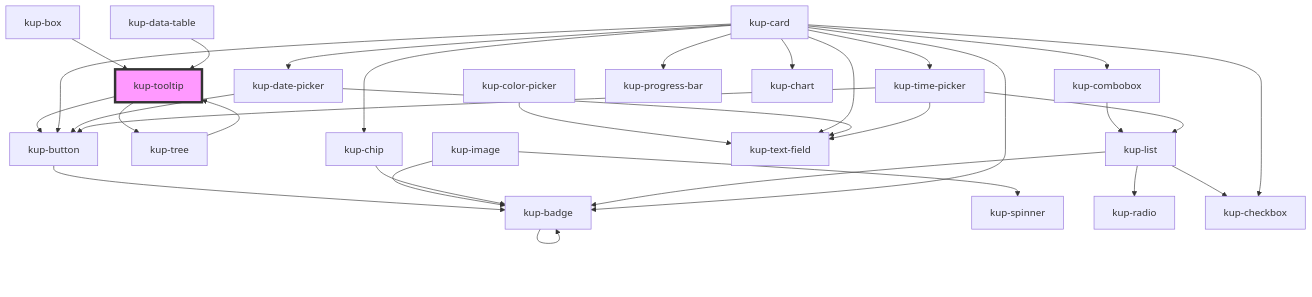
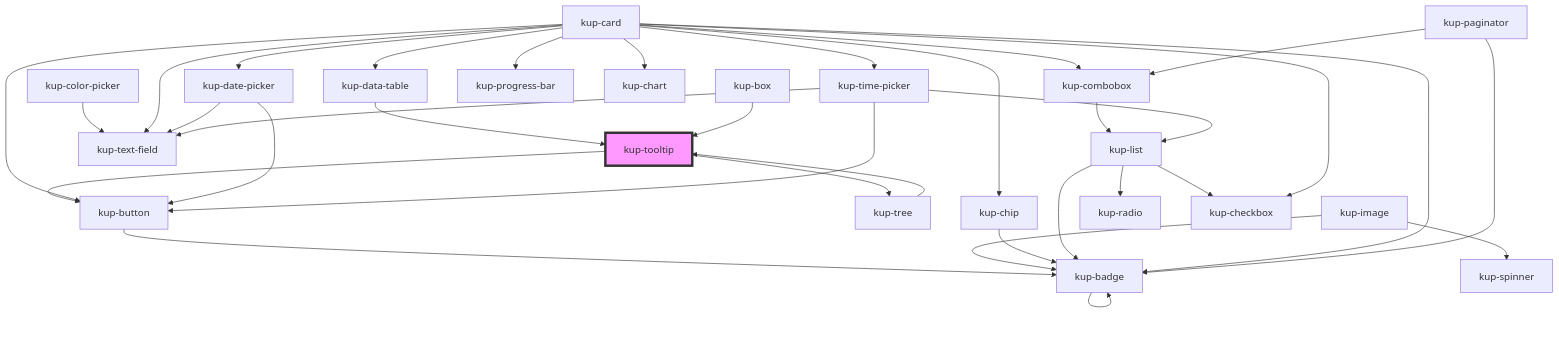
The diagram in packages/ketchup/src/components/kup-tooltip/readme.md (smeup/ketchup), drawn with Mermaid before and after one commit. The commit also changed 11 other files, not shown here.

````diff
--- a/packages/ketchup/src/components/kup-tooltip/readme.md
+++ b/packages/ketchup/src/components/kup-tooltip/readme.md
@@ -87,34 +87,37 @@
 ```mermaid
 graph TD;
   kup-tooltip --> kup-button
   kup-tooltip --> kup-tree
   kup-button --> kup-badge
   kup-badge --> kup-badge
   kup-tree --> kup-tooltip
   kup-image --> kup-spinner
   kup-image --> kup-badge
   kup-chip --> kup-badge
   kup-color-picker --> kup-text-field
   kup-list --> kup-radio
   kup-list --> kup-checkbox
   kup-list --> kup-badge
   kup-card --> kup-chip
   kup-card --> kup-badge
   kup-card --> kup-button
   kup-card --> kup-checkbox
   kup-card --> kup-combobox
   kup-card --> kup-date-picker
   kup-card --> kup-text-field
   kup-card --> kup-time-picker
+  kup-card --> kup-data-table
   kup-card --> kup-progress-bar
   kup-card --> kup-chart
   kup-combobox --> kup-list
   kup-date-picker --> kup-text-field
   kup-date-picker --> kup-button
   kup-time-picker --> kup-text-field
   kup-time-picker --> kup-button
   kup-time-picker --> kup-list
+  kup-data-table --> kup-tooltip
+  kup-paginator --> kup-combobox
+  kup-paginator --> kup-badge
   kup-box --> kup-tooltip
-  kup-data-table --> kup-tooltip
   style kup-tooltip fill:#f9f,stroke:#333,stroke-width:4px
 ```
````
